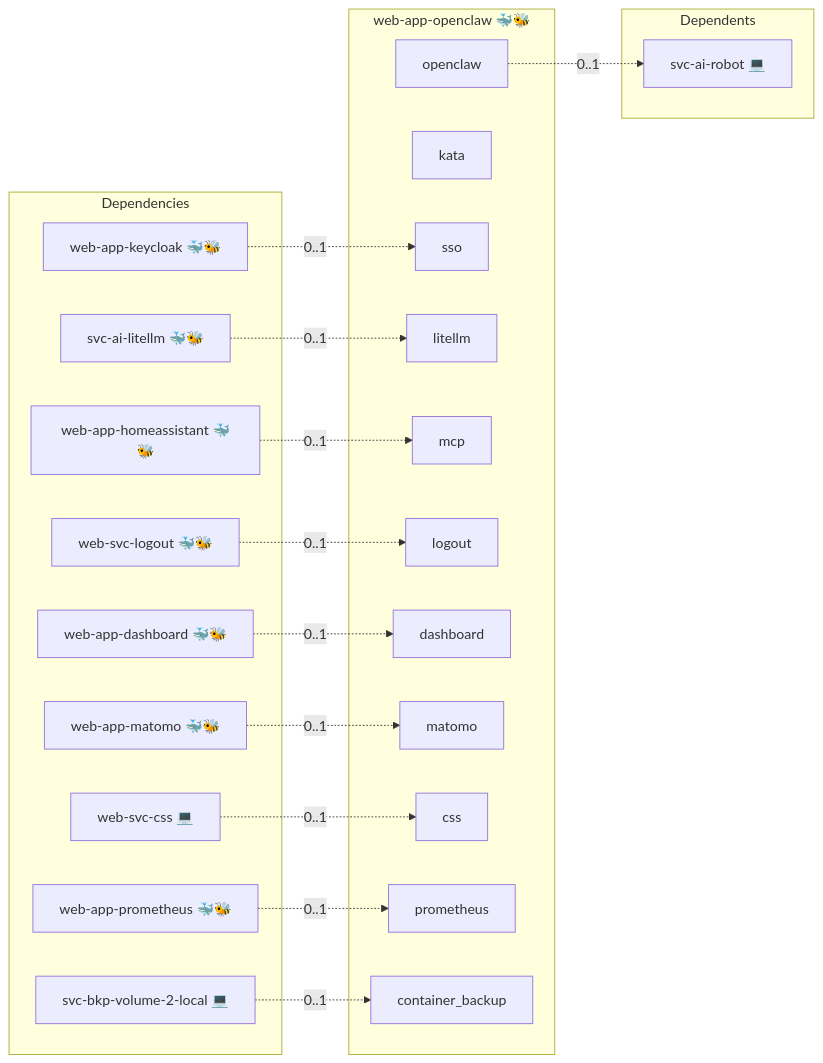
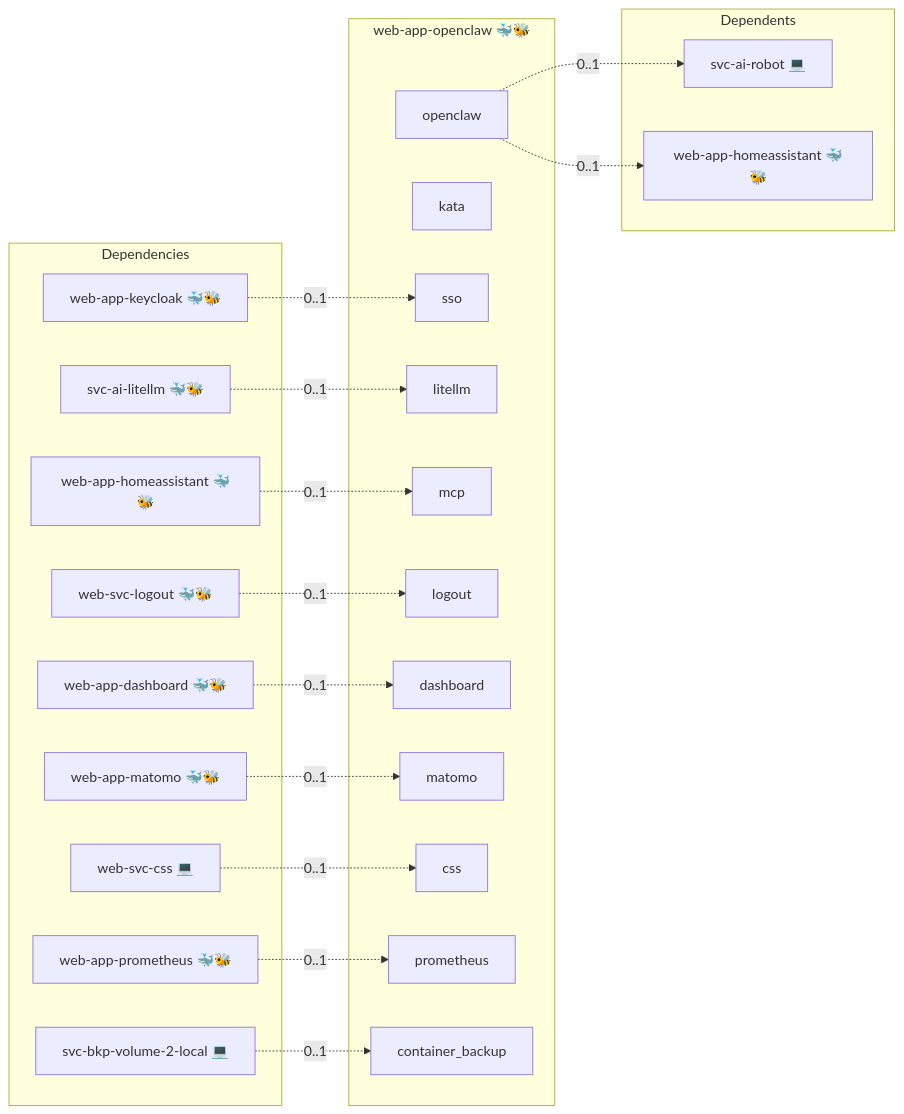
The diagram in roles/web-app-openclaw/README.md (infinito-nexus/core), drawn with Mermaid before and after one commit. The commit also changed 8 other files, not shown here.

````diff
--- a/roles/web-app-openclaw/README.md
+++ b/roles/web-app-openclaw/README.md
@@ -15,40 +15,42 @@
 ```mermaid
 flowchart LR
     subgraph deps [Dependencies]
         dep_svc_ai_litellm["svc-ai-litellm 🐳🐝"]
         dep_svc_bkp_volume_2_local["svc-bkp-volume-2-local 💻"]
         dep_web_app_dashboard["web-app-dashboard 🐳🐝"]
         dep_web_app_homeassistant["web-app-homeassistant 🐳🐝"]
         dep_web_app_keycloak["web-app-keycloak 🐳🐝"]
         dep_web_app_matomo["web-app-matomo 🐳🐝"]
         dep_web_app_prometheus["web-app-prometheus 🐳🐝"]
         dep_web_svc_css["web-svc-css 💻"]
         dep_web_svc_logout["web-svc-logout 🐳🐝"]
     end
     subgraph role [web-app-openclaw 🐳🐝]
         svc_openclaw["openclaw"]
         svc_kata["kata"]
         svc_sso["sso"]
         svc_litellm["litellm"]
         svc_mcp["mcp"]
         svc_logout["logout"]
         svc_dashboard["dashboard"]
         svc_matomo["matomo"]
         svc_css["css"]
         svc_prometheus["prometheus"]
         svc_container_backup["container_backup"]
     end
     subgraph dependents [Dependents]
         dpt_svc_ai_robot["svc-ai-robot 💻"]
+        dpt_web_app_homeassistant["web-app-homeassistant 🐳🐝"]
     end
     dep_svc_ai_litellm -. "0..1" .-> svc_litellm
     dep_svc_bkp_volume_2_local -. "0..1" .-> svc_container_backup
     dep_web_app_dashboard -. "0..1" .-> svc_dashboard
     dep_web_app_homeassistant -. "0..1" .-> svc_mcp
     dep_web_app_keycloak -. "0..1" .-> svc_sso
     dep_web_app_matomo -. "0..1" .-> svc_matomo
     dep_web_app_prometheus -. "0..1" .-> svc_prometheus
     dep_web_svc_css -. "0..1" .-> svc_css
     dep_web_svc_logout -. "0..1" .-> svc_logout
     svc_openclaw -. "0..1" .-> dpt_svc_ai_robot
+    svc_openclaw -. "0..1" .-> dpt_web_app_homeassistant
 ```
````
